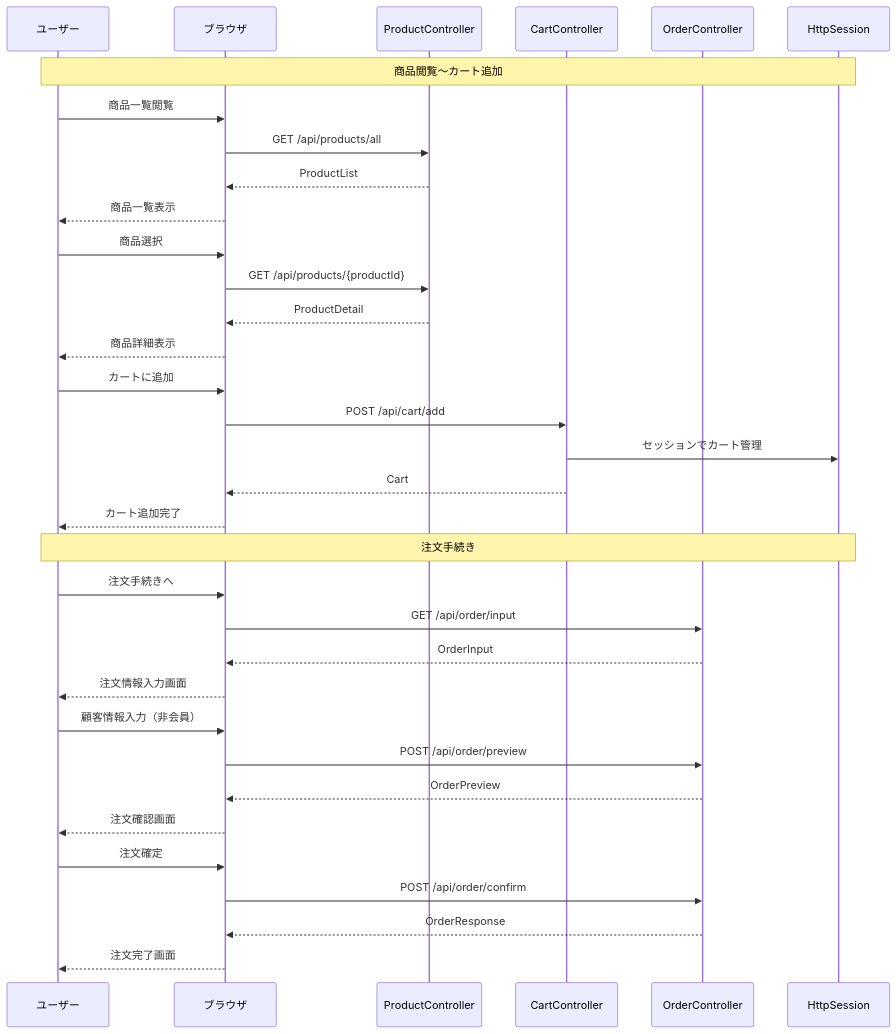
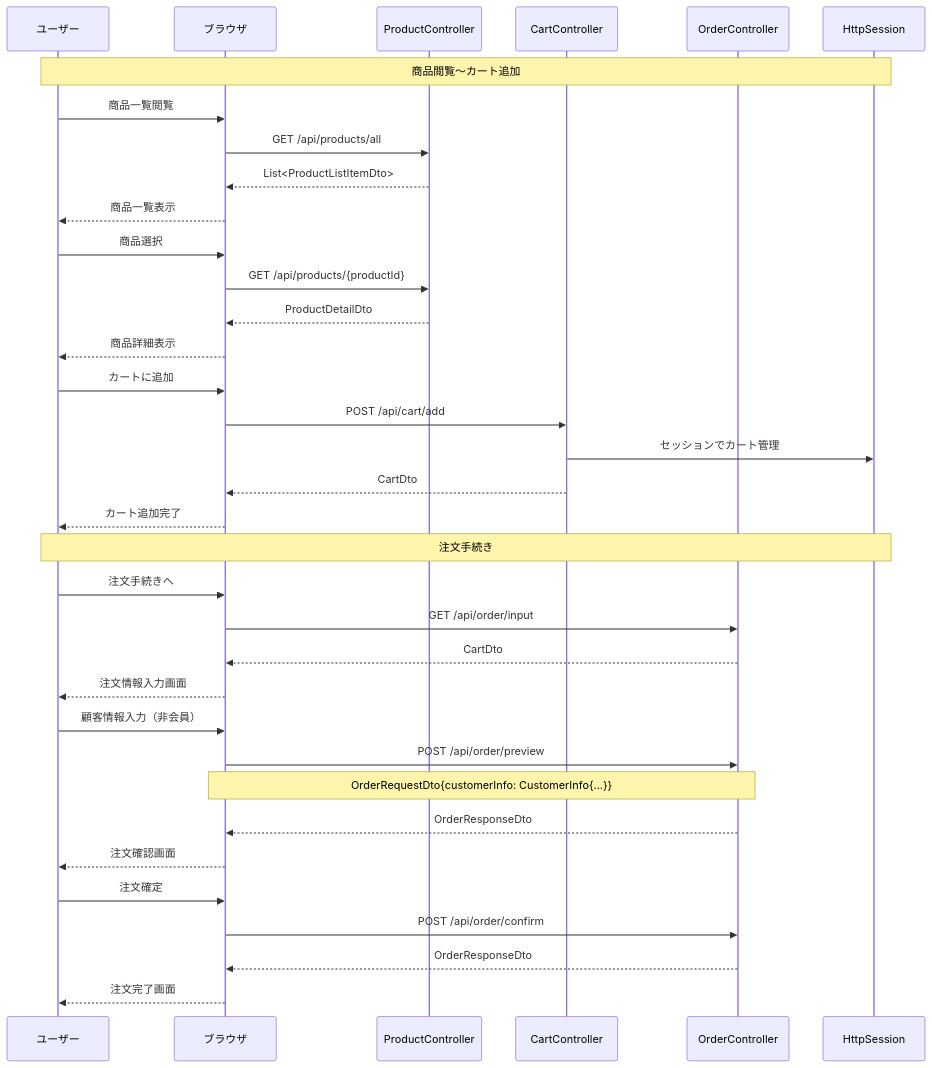
Before and after one commit to shogomaeda758/Bacon: the ninth of 17 diagrams in 詳細設計/3_sequence.md, drawn with Mermaid. The commit also changed other lines of this file and 2 other files, not shown here.

````diff
--- a/詳細設計/3_sequence.md
+++ b/詳細設計/3_sequence.md
@@ -348,42 +396,43 @@
 ```mermaid
 sequenceDiagram
     participant U as ユーザー
     participant B as ブラウザ
     participant PC as ProductController
     participant CC as CartController
     participant OC as OrderController
     participant S as HttpSession
 
     Note over U,S: 商品閲覧〜カート追加
     U->>B: 商品一覧閲覧
     B->>PC: GET /api/products/all
-    PC-->>B: ProductList
+    PC-->>B: List<ProductListItemDto>
     B-->>U: 商品一覧表示
     
     U->>B: 商品選択
     B->>PC: GET /api/products/{productId}
-    PC-->>B: ProductDetail
+    PC-->>B: ProductDetailDto
     B-->>U: 商品詳細表示
     
     U->>B: カートに追加
     B->>CC: POST /api/cart/add
     CC->>S: セッションでカート管理
-    CC-->>B: Cart
+    CC-->>B: CartDto
     B-->>U: カート追加完了
     
     Note over U,S: 注文手続き
     U->>B: 注文手続きへ
     B->>OC: GET /api/order/input
-    OC-->>B: OrderInput
+    OC-->>B: CartDto
     B-->>U: 注文情報入力画面
     
     U->>B: 顧客情報入力（非会員）
     B->>OC: POST /api/order/preview
-    OC-->>B: OrderPreview
+    Note over B,OC: OrderRequestDto{customerInfo: CustomerInfo{...}}
+    OC-->>B: OrderResponseDto
     B-->>U: 注文確認画面
     
     U->>B: 注文確定
     B->>OC: POST /api/order/confirm
-    OC-->>B: OrderResponse
+    OC-->>B: OrderResponseDto
     B-->>U: 注文完了画面
 ```
````
